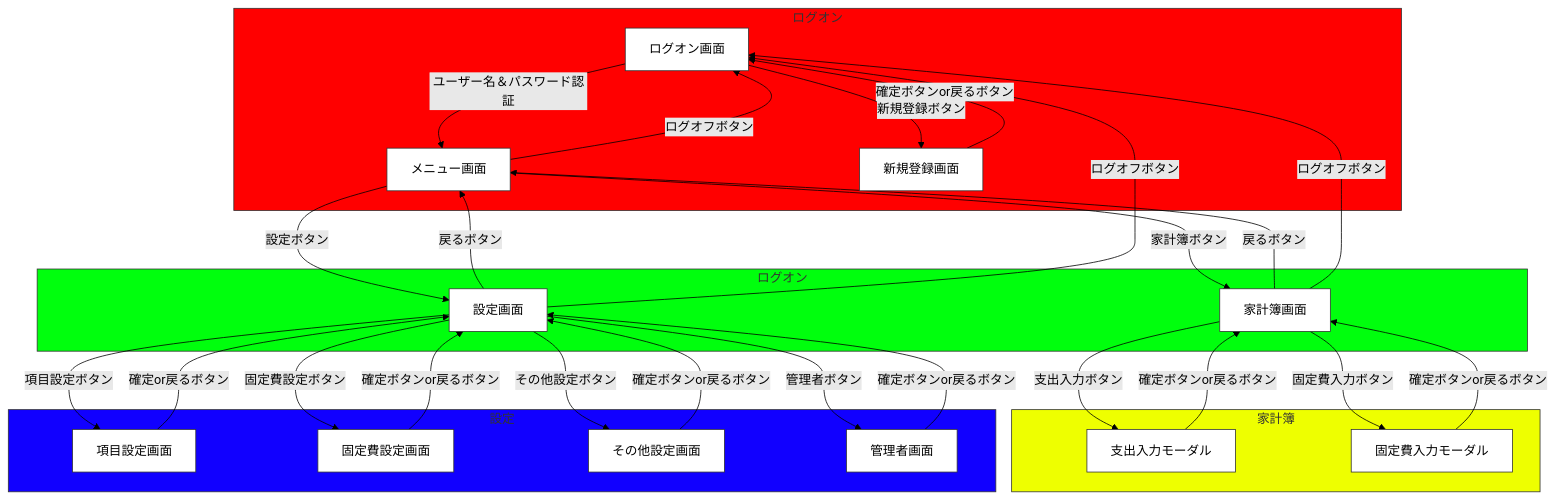
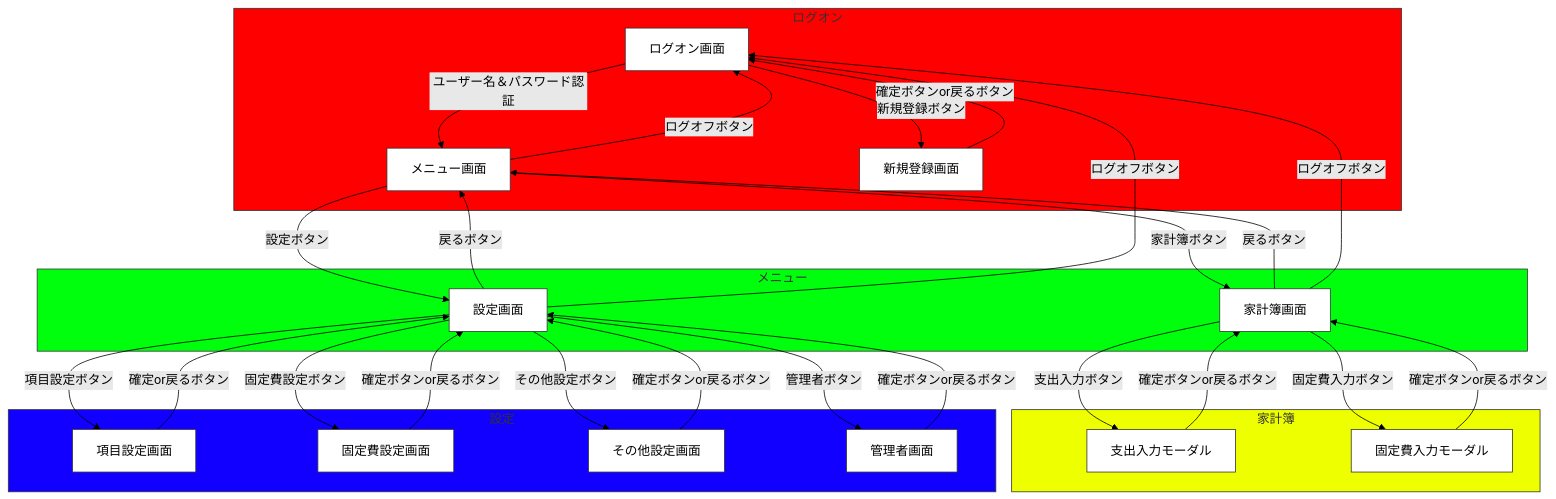
The diagram in docs/page_transition/page_transition.md (Mao1023/kakeibo_app), drawn with Mermaid (forest theme) before and after one commit.

Commit message:
20260512_2

````diff
--- a/docs/page_transition/page_transition.md
+++ b/docs/page_transition/page_transition.md
@@ -1,35 +1,35 @@
 ```mermaid
 
 graph TD
 
     classDef default fill: #fff,stroke: #333,stroke-width: 1px;
     style funcA fill: #ff0000,stroke: #333,stroke-width: 1px;
     style funcB fill: #00ff0d,stroke: #333,stroke-width: 1px;
     style funcC fill: #eeff00,stroke: #333,stroke-width: 1px;
     style funcD fill: #1100ff,stroke: #333,stroke-width: 1px;
 
     subgraph funcA [ログオン]
         ログオン画面--ユーザー名＆パスワード認証-->メニュー画面
         ログオン画面--新規登録ボタン-->新規登録画面--確定ボタンor戻るボタン-->ログオン画面
     end
 
-    subgraph funcB [ログオン]
+    subgraph funcB [メニュー]
         メニュー画面--家計簿ボタン-->家計簿画面--戻るボタン-->メニュー画面
         メニュー画面--設定ボタン-->設定画面--戻るボタン-->メニュー画面
         メニュー画面--ログオフボタン-->ログオン画面
     end
 
     subgraph funcC [家計簿]
         家計簿画面--支出入力ボタン-->支出入力モーダル--確定ボタンor戻るボタン-->家計簿画面
         家計簿画面--固定費入力ボタン-->固定費入力モーダル--確定ボタンor戻るボタン-->家計簿画面
         家計簿画面--ログオフボタン-->ログオン画面
     end
 
     subgraph funcD [設定]
         設定画面--項目設定ボタン-->項目設定画面--確定or戻るボタン-->設定画面
         設定画面--固定費設定ボタン-->固定費設定画面--確定ボタンor戻るボタン-->設定画面
         設定画面--その他設定ボタン-->その他設定画面--確定ボタンor戻るボタン-->設定画面
         設定画面--管理者ボタン-->管理者画面--確定ボタンor戻るボタン-->設定画面
         設定画面--ログオフボタン-->ログオン画面
     end
 ```
````
